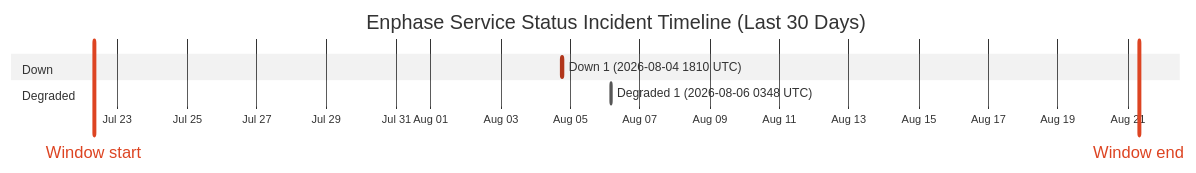
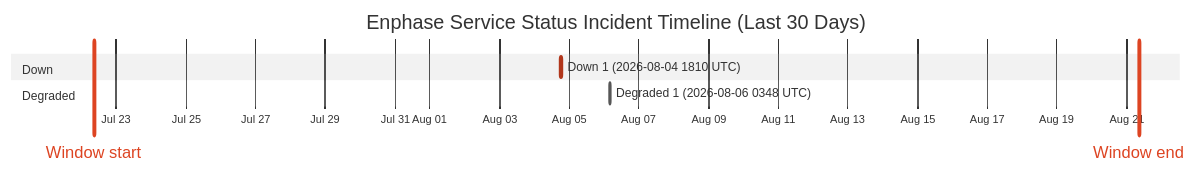
Before and after one commit to barneyonline/ha-enphase-energy: the diagram in wiki/Service-Status-History.md, drawn with Mermaid (neutral theme). The commit also changed other lines of this file and 3 other files, not shown here.

````diff
--- a/wiki/Service-Status-History.md
+++ b/wiki/Service-Status-History.md
@@ -14,12 +14,12 @@
 ```mermaid
 gantt
     title Enphase Service Status Incident Timeline (Last 30 Days)
     dateFormat  YYYY-MM-DDTHH:mm:ss
     axisFormat  %b %d
-    Window start :vert, window-start, 2026-07-22T07:50:23, 0ms
-    Window end :vert, window-end, 2026-08-21T07:50:23, 0ms
+    Window start :vert, window-start, 2026-07-22T08:37:40, 0ms
+    Window end :vert, window-end, 2026-08-21T08:37:40, 0ms
     section Down
     Down 1 (2026-08-04 1810 UTC) :crit, down-1, 2026-08-04T18:10:46, 60m
     section Degraded
     Degraded 1 (2026-08-06 0348 UTC) :active, degraded-1, 2026-08-06T03:48:14, 60m
 ```
````
